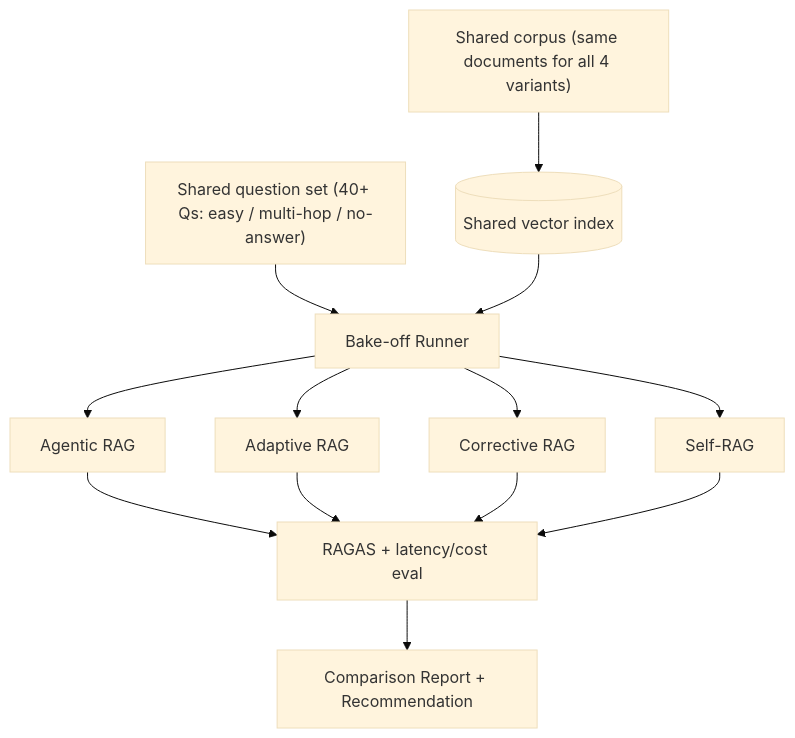
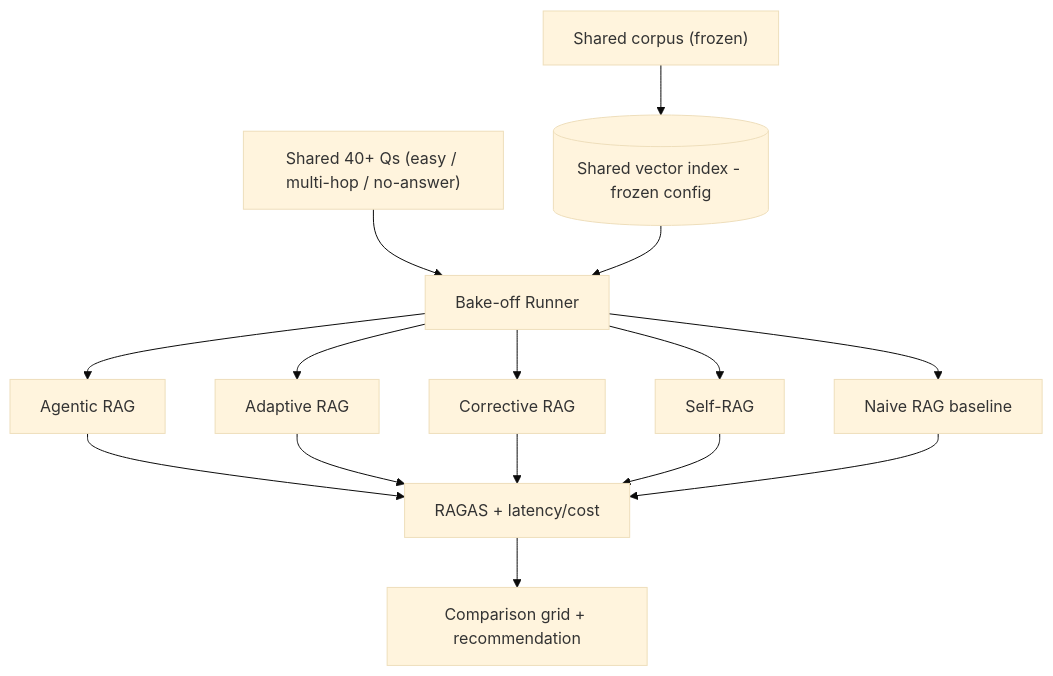
Before and after one commit to shrey1409/Multiple-AI-Agents-Projects: the diagram in projects/10-rag-architecture-bakeoff/PLAN.md, drawn with Mermaid (base theme). The commit also changed other lines of this file and 11 other files, not shown here.

````diff
--- a/projects/10-rag-architecture-bakeoff/PLAN.md
+++ b/projects/10-rag-architecture-bakeoff/PLAN.md
@@ -19,15 +19,9 @@
 ```mermaid
 flowchart TD
-    DOCS["Shared corpus (same documents for all 4 variants)"] --> IDX[(Shared vector index)]
-    QSET["Shared question set (40+ Qs: easy / multi-hop / no-answer)"] --> RUN[Bake-off Runner]
+    DOCS["Shared corpus (frozen)"] --> IDX[(Shared vector index - frozen config)]
+    QSET["Shared 40+ Qs (easy / multi-hop / no-answer)"] --> RUN[Bake-off Runner]
     IDX --> RUN
-    RUN --> AG[Agentic RAG]
-    RUN --> AD[Adaptive RAG]
-    RUN --> CR[Corrective RAG]
-    RUN --> SR[Self-RAG]
-    AG --> EVAL[RAGAS + latency/cost eval]
-    AD --> EVAL
-    CR --> EVAL
-    SR --> EVAL
-    EVAL --> REPORT["Comparison Report + Recommendation"]
+    RUN --> AG[Agentic RAG] & AD[Adaptive RAG] & CR[Corrective RAG] & SR[Self-RAG] & NB[Naive RAG baseline]
+    AG & AD & CR & SR & NB --> EVAL[RAGAS + latency/cost]
+    EVAL --> REPORT["Comparison grid + recommendation"]
 ```
````
